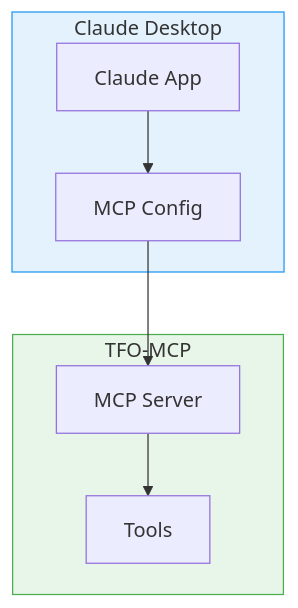
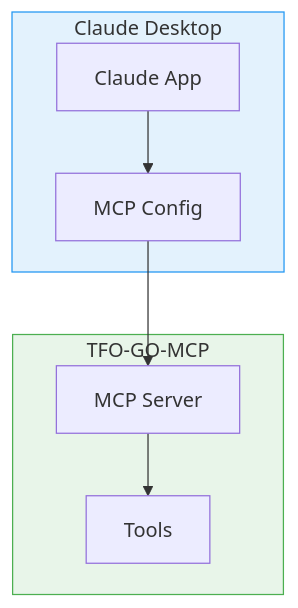
Before and after one commit to telemetryflow/telemetryflow-mcp: the seventh of 9 diagrams in docs/INSTALLATION.md, drawn with Mermaid. The commit also changed other lines of this file and 81 other files, not shown here.

Commit message:
fix: Refactoring TFO-MCP to TFO-GO-MCP

````diff
--- a/docs/INSTALLATION.md
+++ b/docs/INSTALLATION.md
@@ -423,19 +423,19 @@
 ```mermaid
 flowchart TB
     subgraph Claude["Claude Desktop"]
         APP["Claude App"]
         CONFIG["MCP Config"]
     end
 
-    subgraph MCP["TFO-MCP"]
+    subgraph MCP["TFO-GO-MCP"]
         SERVER["MCP Server"]
         TOOLS["Tools"]
     end
 
     APP --> CONFIG
     CONFIG --> SERVER
     SERVER --> TOOLS
 
     style Claude fill:#e3f2fd,stroke:#2196f3
     style MCP fill:#e8f5e9,stroke:#4caf50
 ```
````
